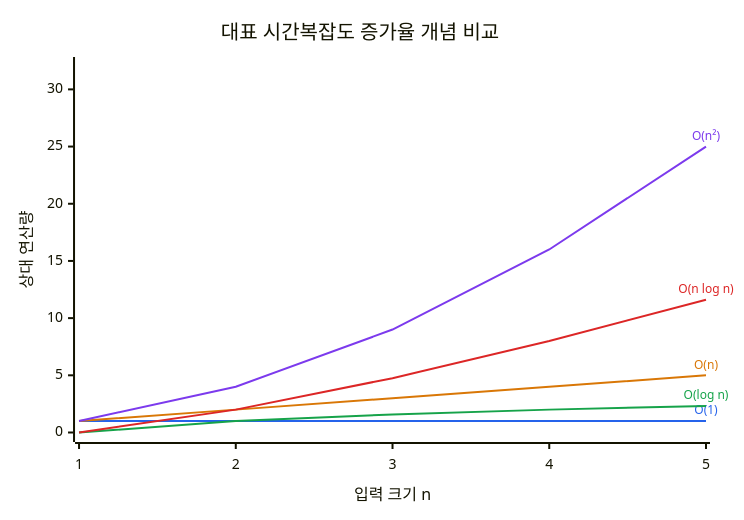
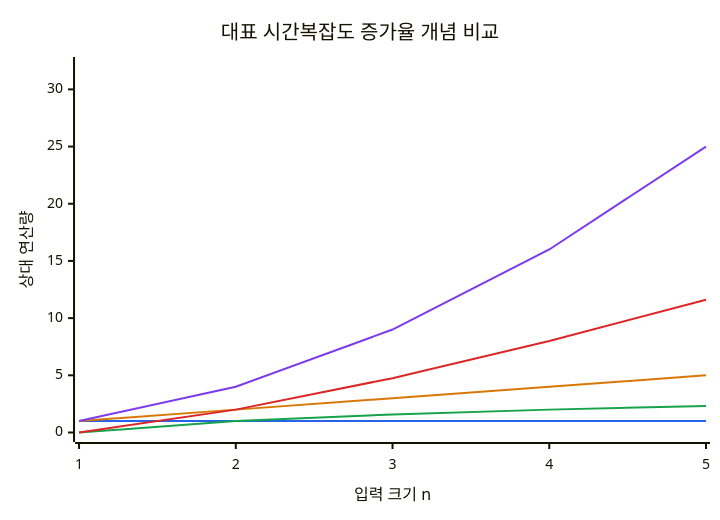
The diagram in src/content/docs/notes/01-basic-theory/002_big_o_notation.md (agnusdei1207/knowledge-base), drawn with Mermaid before and after one commit. The commit also changed 4 other files, not shown here.

````diff
--- a/src/content/docs/notes/01-basic-theory/002_big_o_notation.md
+++ b/src/content/docs/notes/01-basic-theory/002_big_o_notation.md
@@ -50,17 +50,17 @@
 ```mermaid
 ---
 config:
   themeVariables:
     xyChart:
       plotColorPalette: "#2563EB, #16A34A, #D97706, #DC2626, #7C3AED"
 ---
 xychart-beta
     title "대표 시간복잡도 증가율 개념 비교"
     x-axis "입력 크기 n" [1, 2, 3, 4, 5]
     y-axis "상대 연산량" 0 --> 32
-    line [1, 1, 1, 1, 1 "O(1)"]
-    line [0, 1, 1.58, 2, 2.32 "O(log n)"]
-    line [1, 2, 3, 4, 5 "O(n)"]
-    line [0, 2, 4.75, 8, 11.61 "O(n log n)"]
-    line [1, 4, 9, 16, 25 "O(n²)"]
+    line [1, 1, 1, 1, 1]
+    line [0, 1, 1.58, 2, 2.32]
+    line [1, 2, 3, 4, 5]
+    line [0, 2, 4.75, 8, 11.61]
+    line [1, 4, 9, 16, 25]
 ```
````
